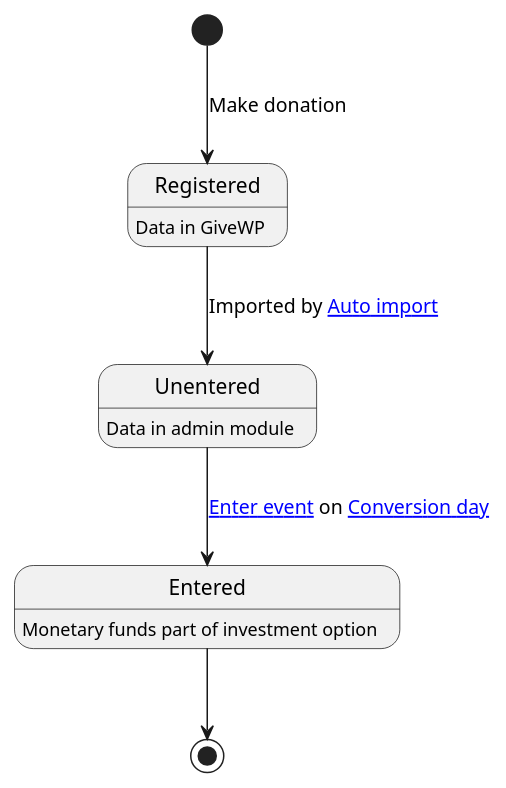
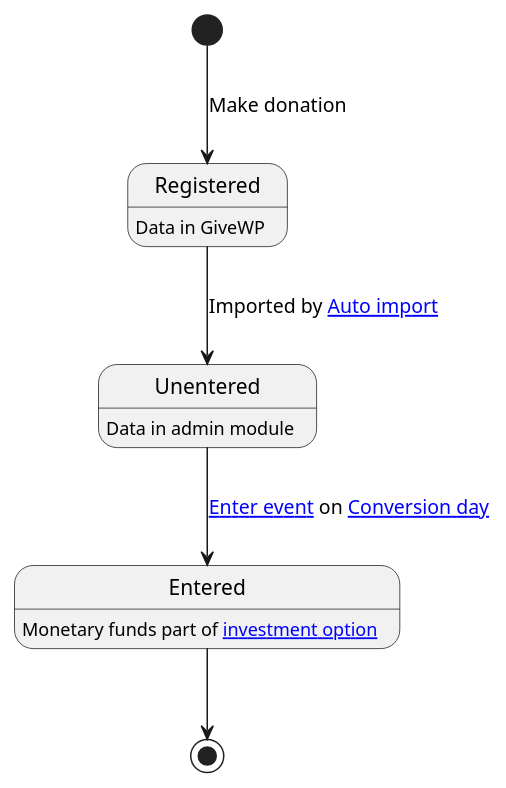
One commit to joost-morsink/FF-admin-module changed the second of 2 diagrams in wiki/donation.md. Above: the diagram before and after it, drawn with PlantUML. The commit also changed other lines of this file and 4 other files, not shown here.

````diff
--- a/wiki/donation.md
+++ b/wiki/donation.md
@@ -57,9 +58,9 @@
 ```plantuml
 [*] --> Registered : Make donation
 Registered --> Unentered : Imported by [[auto-import Auto import]]
 Unentered --> Entered : [[events/CONV_ENTER Enter event]] on [[conversion_day Conversion day]]
 Entered --> [*]
 Registered : Data in GiveWP
 Unentered : Data in admin module
-Entered : Monetary funds part of investment option
+Entered : Monetary funds part of [[option investment option]]
 ```
````
